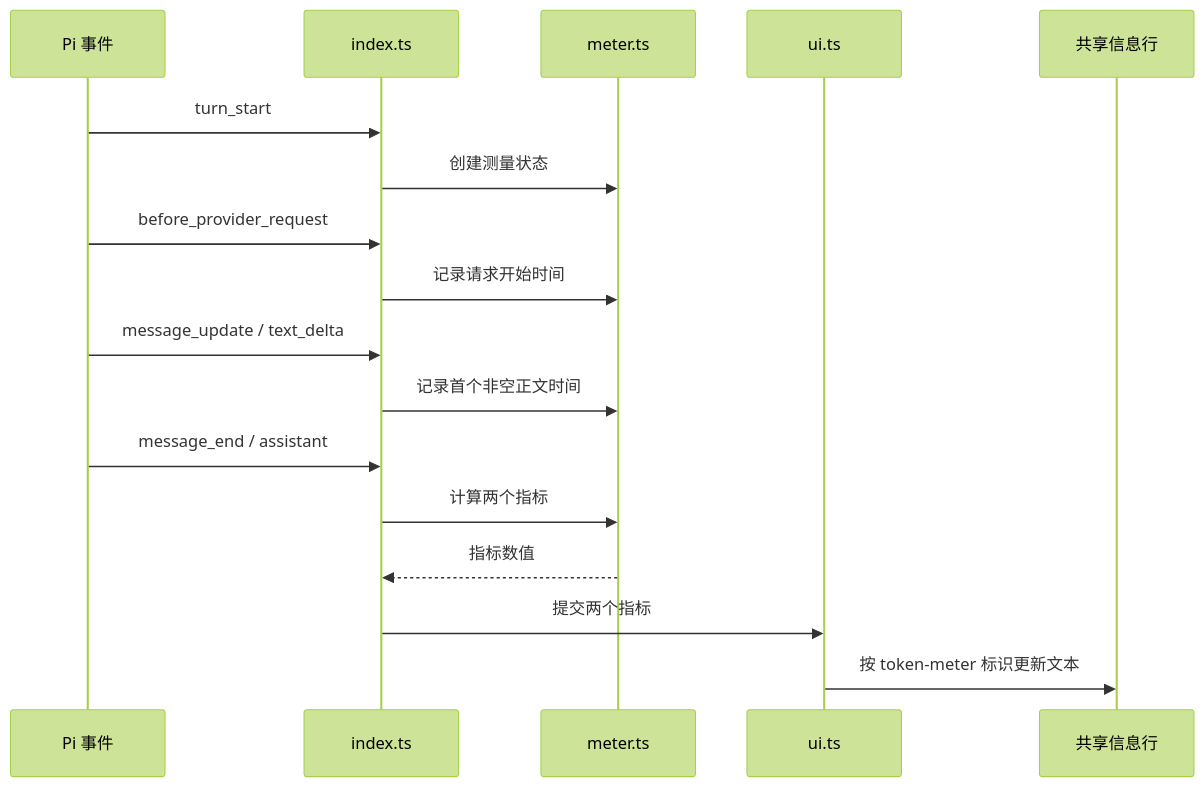
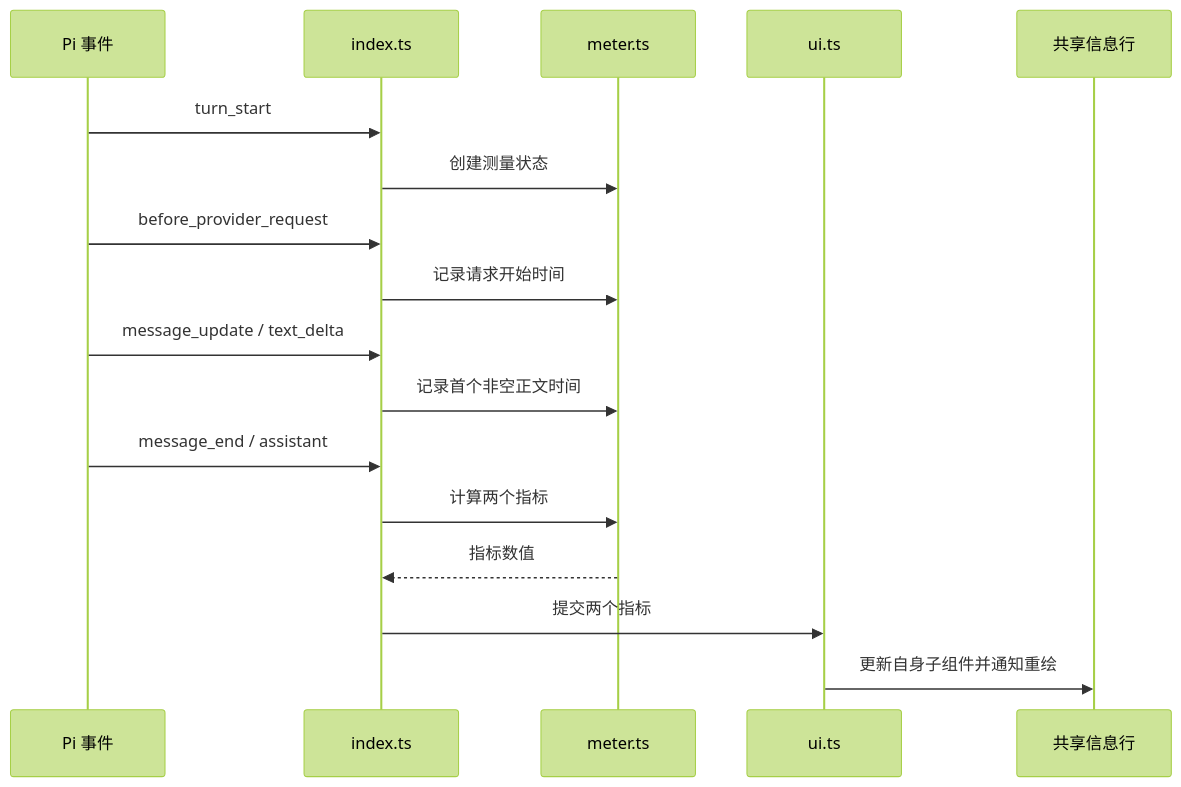
One commit to aqua2k1/pi-kits changed the second of 2 diagrams in extensions/token-meter/docs/architecture.md. Above: the diagram before and after it, drawn with Mermaid (forest theme). The commit also changed other lines of this file and 12 other files, not shown here.

````diff
--- a/extensions/token-meter/docs/architecture.md
+++ b/extensions/token-meter/docs/architecture.md
@@ -24,19 +24,19 @@
 ```mermaid
 sequenceDiagram
   participant Pi as Pi 事件
   participant Entry as index.ts
   participant Meter as meter.ts
   participant Ui as ui.ts
   participant Widget as 共享信息行
   Pi->>Entry: turn_start
   Entry->>Meter: 创建测量状态
   Pi->>Entry: before_provider_request
   Entry->>Meter: 记录请求开始时间
   Pi->>Entry: message_update / text_delta
   Entry->>Meter: 记录首个非空正文时间
   Pi->>Entry: message_end / assistant
   Entry->>Meter: 计算两个指标
   Meter-->>Entry: 指标数值
   Entry->>Ui: 提交两个指标
-  Ui->>Widget: 按 token-meter 标识更新文本
+  Ui->>Widget: 更新自身子组件并通知重绘
 ```
````
